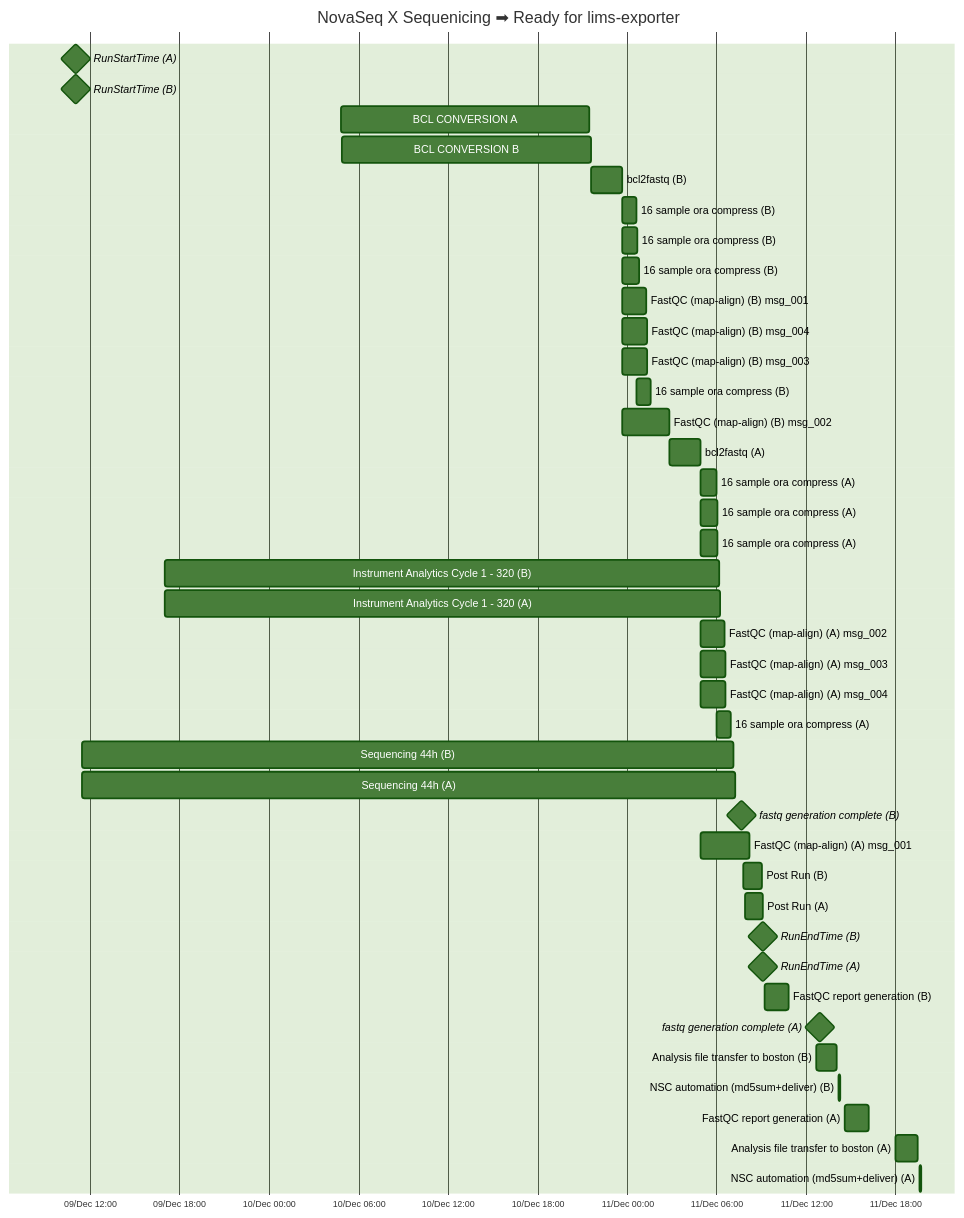
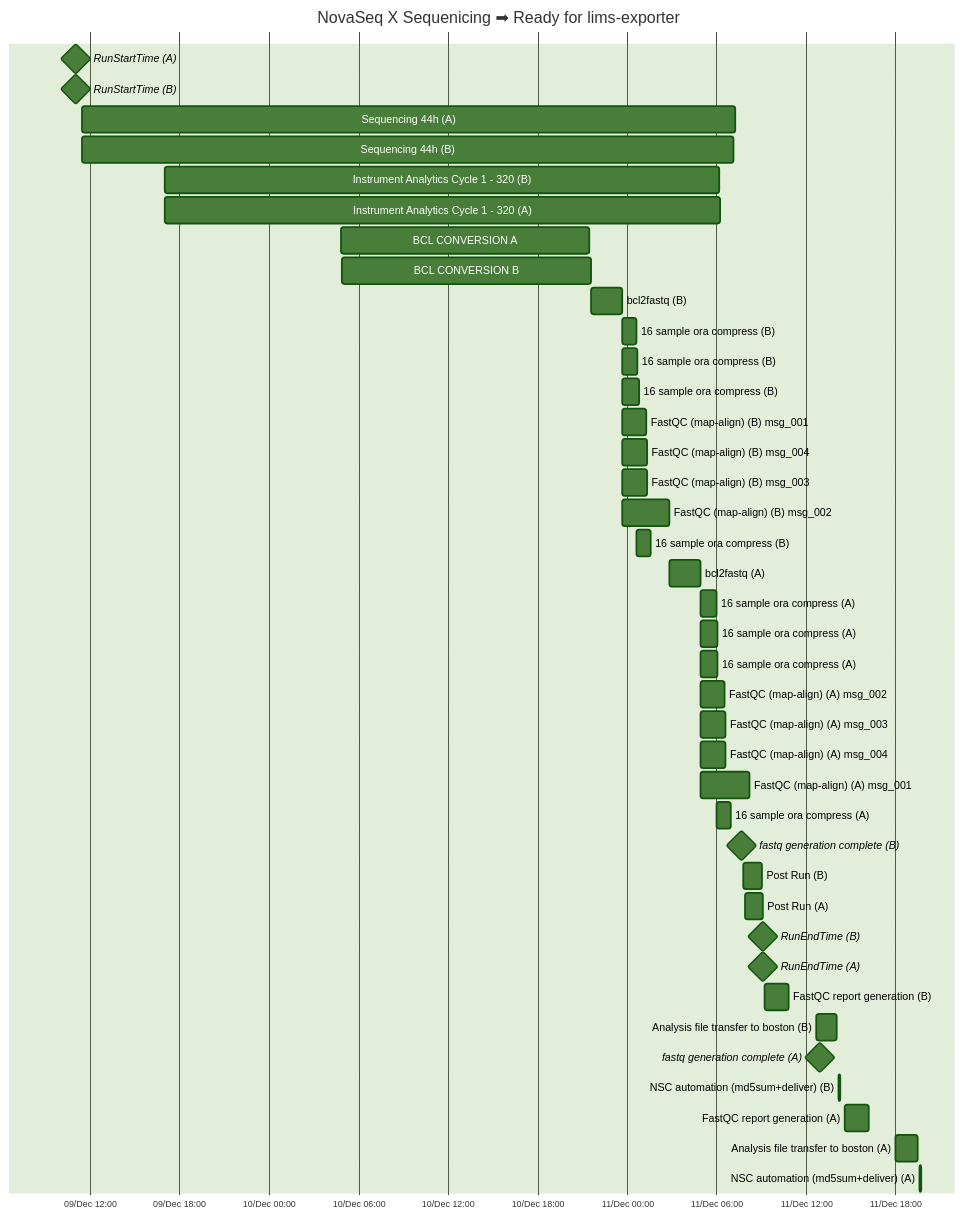
Before and after one commit to xuyangy/website: the fifth of 19 diagrams in projects/wgs_upscale/wgs_upscaling_bioinf_pipeline.qmd, drawn with Mermaid. The commit also changed other lines of this file and 1 other file, not shown here.

````diff
--- a/projects/wgs_upscale/wgs_upscaling_bioinf_pipeline.qmd
+++ b/projects/wgs_upscale/wgs_upscaling_bioinf_pipeline.qmd
@@ -428,56 +434,56 @@
 ```{mermaid}
 %%| label: fig-dual-25B-flowcell-2nd-analysis-bcl-convert-only-sorted
 %%| fig-cap: Dual 25B flowcell 2nd Analysis BCL Convert only NovaSeq X reported time
 gantt
 %%{ 
   init: { 
     'theme': 'forest' ,
     'gantt': {
       'barHeight': 30,
       'fontSize': 12,
       'sectionFontSize': 18
     }
   } 
 }%%
 dateFormat YYYY-MM-DD HH:mm:ss
 axisFormat %d/%b %H:%M
 title NovaSeq X Sequenicing ➡  Ready for lims-exporter
 RunStartTime (A): milestone, 2024-12-09 11:03:52, 0d
 RunStartTime (B): milestone, 2024-12-09 11:03:53, 0d
+Sequencing 44h (A): seq, 2024-12-09 11:30:37, 2024-12-11 07:12:55
+Sequencing 44h (B): seq, 2024-12-09 11:30:41, 2024-12-11 07:09:03
+Instrument Analytics Cycle 1 - 320 (B): 2024-12-09 17:01:58, 2024-12-11 06:09:02
+Instrument Analytics Cycle 1 - 320 (A): 2024-12-09 17:02:34, 2024-12-11 06:12:54
 BCL CONVERSION A: convA, 2024-12-10 04:49:52, 2024-12-10 21:29:01
 BCL CONVERSION B: convB, 2024-12-10 04:52:36, 2024-12-10 21:33:20
 bcl2fastq (B): 2024-12-10 21:33:21, 2024-12-10 23:39:08
 16 sample ora compress (B): 2024-12-10 23:39:09, 2024-12-11 00:36:40
 16 sample ora compress (B): 2024-12-10 23:39:09, 2024-12-11 00:40:27
 16 sample ora compress (B): 2024-12-10 23:39:09, 2024-12-11 00:47:16
 FastQC (map-align) (B) msg_001: 2024-12-10 23:39:09, 2024-12-11 01:16:52
 FastQC (map-align) (B) msg_004: 2024-12-10 23:39:09, 2024-12-11 01:21:20
 FastQC (map-align) (B) msg_003: 2024-12-10 23:39:09, 2024-12-11 01:21:56
+FastQC (map-align) (B) msg_002: 2024-12-10 23:39:09, 2024-12-11 02:49:01
 16 sample ora compress (B): 2024-12-11 00:36:40, 2024-12-11 01:33:13
-FastQC (map-align) (B) msg_002: 2024-12-10 23:39:09, 2024-12-11 02:49:01
 bcl2fastq (A): 2024-12-11 02:51:04, 2024-12-11 04:54:52
 16 sample ora compress (A): 2024-12-11 04:54:52, 2024-12-11 06:00:23
 16 sample ora compress (A): 2024-12-11 04:54:52, 2024-12-11 06:03:44
 16 sample ora compress (A): 2024-12-11 04:54:52, 2024-12-11 06:04:37
-Instrument Analytics Cycle 1 - 320 (B): 2024-12-09 17:01:58, 2024-12-11 06:09:02
-Instrument Analytics Cycle 1 - 320 (A): 2024-12-09 17:02:34, 2024-12-11 06:12:54
 FastQC (map-align) (A) msg_002: 2024-12-11 04:54:52, 2024-12-11 06:32:46
 FastQC (map-align) (A) msg_003: 2024-12-11 04:54:52, 2024-12-11 06:34:32
 FastQC (map-align) (A) msg_004: 2024-12-11 04:54:52, 2024-12-11 06:35:42
+FastQC (map-align) (A) msg_001: 2024-12-11 04:54:52, 2024-12-11 08:11:00
 16 sample ora compress (A): 2024-12-11 06:00:23, 2024-12-11 06:57:40
-Sequencing 44h (B): seq, 2024-12-09 11:30:41, 2024-12-11 07:09:03
-Sequencing 44h (A): seq, 2024-12-09 11:30:37, 2024-12-11 07:12:55
 fastq generation complete (B): milestone, 2024-12-11 07:39:08, 0d
-FastQC (map-align) (A) msg_001: 2024-12-11 04:54:52, 2024-12-11 08:11:00
 Post Run (B): 2024-12-11 07:47:48, 2024-12-11 09:00:31
 Post Run (A): 2024-12-11 07:54:00, 2024-12-11 09:04:23
 RunEndTime (B): milestone, 2024-12-11 09:04:23, 0d
 RunEndTime (A): milestone, 2024-12-11 09:04:23, 0d
 FastQC report generation (B): 2024-12-11 09:12:00, 2024-12-11 10:50:00
+Analysis file transfer to boston (B): 2024-12-11 12:40:00, 2024-12-11 14:02:00
 fastq generation complete (A): milestone, 2024-12-11 12:54:52, 0d
-Analysis file transfer to boston (B): 2024-12-11 12:40:00, 2024-12-11 14:02:00
 NSC automation (md5sum+deliver) (B):  2024-12-11 14:10:02, 2024-12-11 14:16:49
 FastQC report generation (A): 2024-12-11 14:33:00, 2024-12-11 16:12:00
 Analysis file transfer to boston (A): 2024-12-11 18:00:00, 2024-12-11 19:27:00
 NSC automation (md5sum+deliver) (A):  2024-12-11 19:35:01,  2024-12-11 19:42:11
 ```
````
